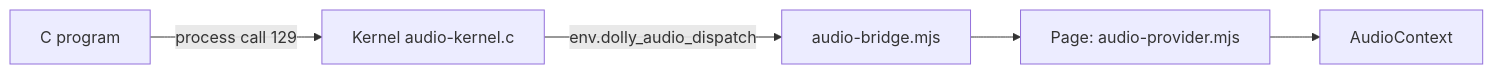
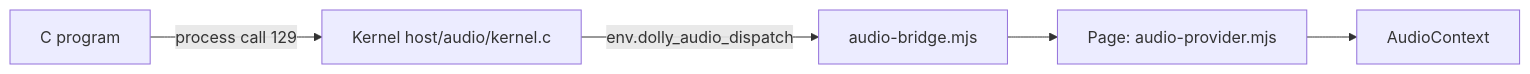
The diagram in docs/audio.md (daugasauron/dolly), drawn with Mermaid before and after one commit. The commit also changed other lines of this file and 10 other files, not shown here.

````diff
--- a/docs/audio.md
+++ b/docs/audio.md
@@ -8,6 +8,6 @@
 ```mermaid
 flowchart LR
-  prog["C program"] -- "process call 129" --> kernel["Kernel audio-kernel.c"]
+  prog["C program"] -- "process call 129" --> kernel["Kernel host/audio/kernel.c"]
   kernel -- "env.dolly_audio_dispatch" --> bridge["audio-bridge.mjs"]
   bridge --> provider["Page: audio-provider.mjs"] --> ctx["AudioContext"]
 ```
````
